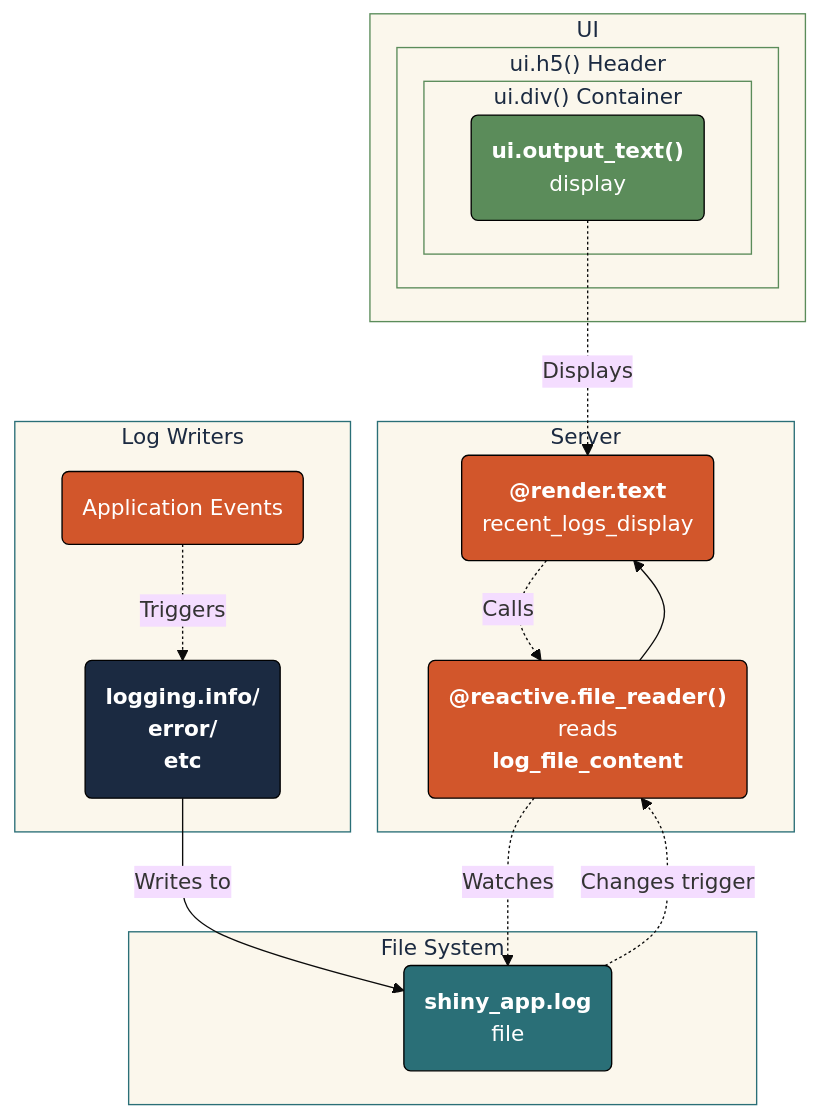
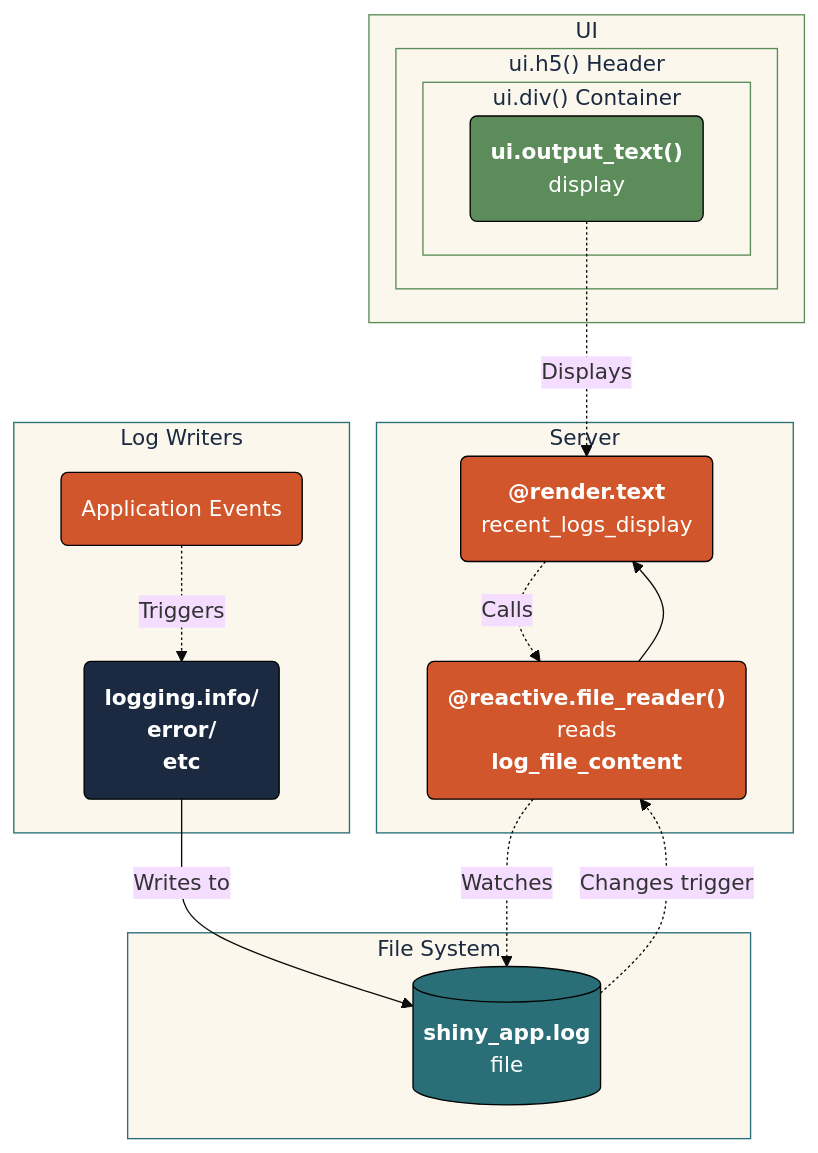
Before and after one commit to mjfrigaard/do4ds-labs: diagram 11 of 15 in app-log-py.qmd, drawn with Mermaid. The commit also changed other lines of this file and 28 other files, not shown here.

Commit message:
updates to mermaids

````diff
--- a/app-log-py.qmd
+++ b/app-log-py.qmd
@@ -1382,47 +1382,47 @@
 ```{mermaid}
 %%| fig-cap: 'Log file monitoring architecture'
 %%| fig-align: 'center'
 %%{init: {'theme': 'base', 'themeVariables': {'fontFamily': 'monospace'}}}%%
 
 graph TB
     subgraph UI["UI"]
         subgraph H5["ui.h5() Header"]
             subgraph DIV["ui.div() Container"]
                 C("<strong>ui.output_text()</strong><br>display")
             end
         end
     end
 
     subgraph SERVER["Server"]
         D("<strong>@reactive.file_reader()</strong><br>reads<br><strong>log_file_content</strong>") --> E("<strong>@render.text</strong><br>recent_logs_display")
     end
 
     subgraph FS["File System"]
-        F("<strong>shiny_app.log</strong><br>file")
+        F[("<strong>shiny_app.log</strong><br>file")]
     end
 
     subgraph WRITE["Log Writers"]
         G("Application Events") -.Triggers.-> H("<strong>logging.info/<br>error/<br>etc</strong>")
         H --"Writes to"--> F
     end
 
     C -.Displays.-> E
     E -.Calls.-> D
     D -.Watches.-> F
     F -.Changes trigger.-> D
     
     style C fill:#5B8C5A,stroke:#000000,stroke-width:1px,color:#ffffff
     style D fill:#D2562B,stroke:#000000,stroke-width:1px,color:#ffffff
     style E fill:#D2562B,stroke:#000000,stroke-width:1px,color:#ffffff
     style F fill:#2A6F77,stroke:#000000,stroke-width:1px,color:#ffffff
     style G fill:#D2562B,stroke:#000000,stroke-width:1px,color:#ffffff
     style H fill:#1B2A41,stroke:#000000,stroke-width:1px,color:#ffffff
     style UI fill:#fbf7ec,stroke:#5B8C5A,color:#1B2A41
     style H5 fill:#fbf7ec,stroke:#5B8C5A,color:#1B2A41
     style DIV fill:#fbf7ec,stroke:#5B8C5A,color:#1B2A41
     style SERVER fill:#fbf7ec,stroke:#2A6F77,color:#1B2A41
     style FS fill:#fbf7ec,stroke:#2A6F77,color:#1B2A41
     style WRITE fill:#fbf7ec,stroke:#2A6F77,color:#1B2A41
     
     
 ```
````
